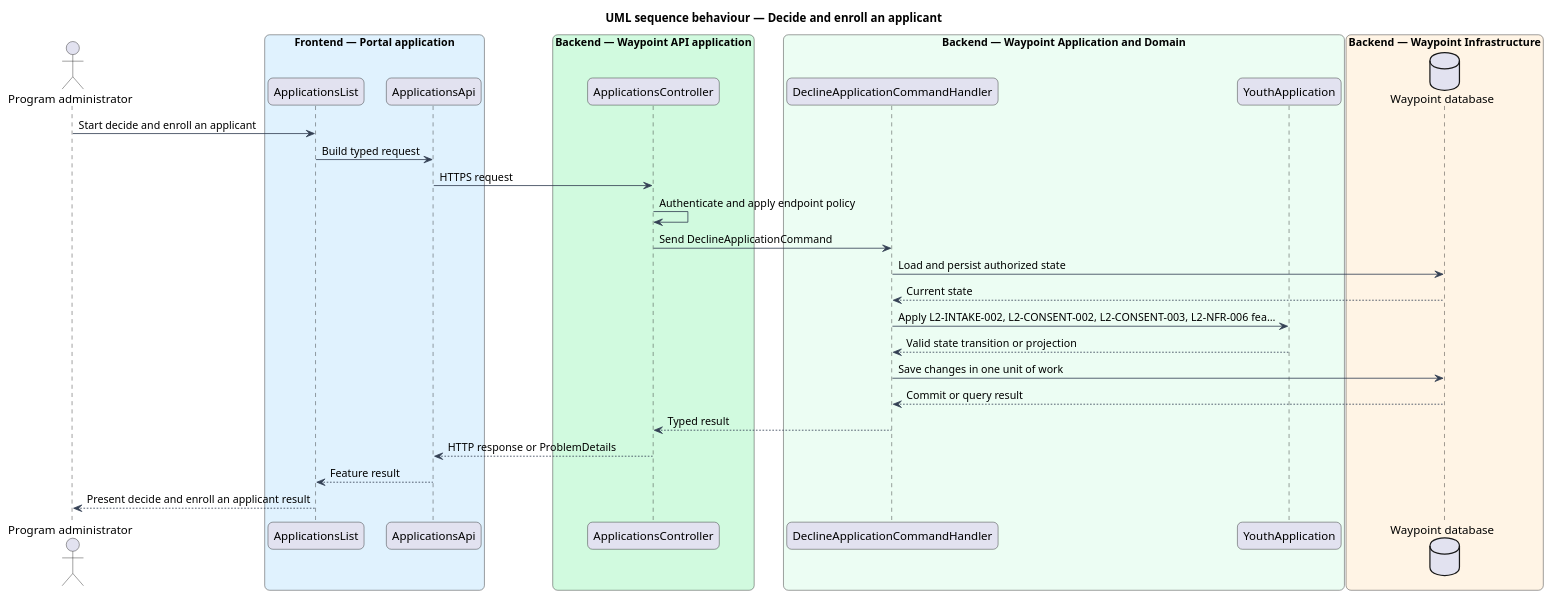
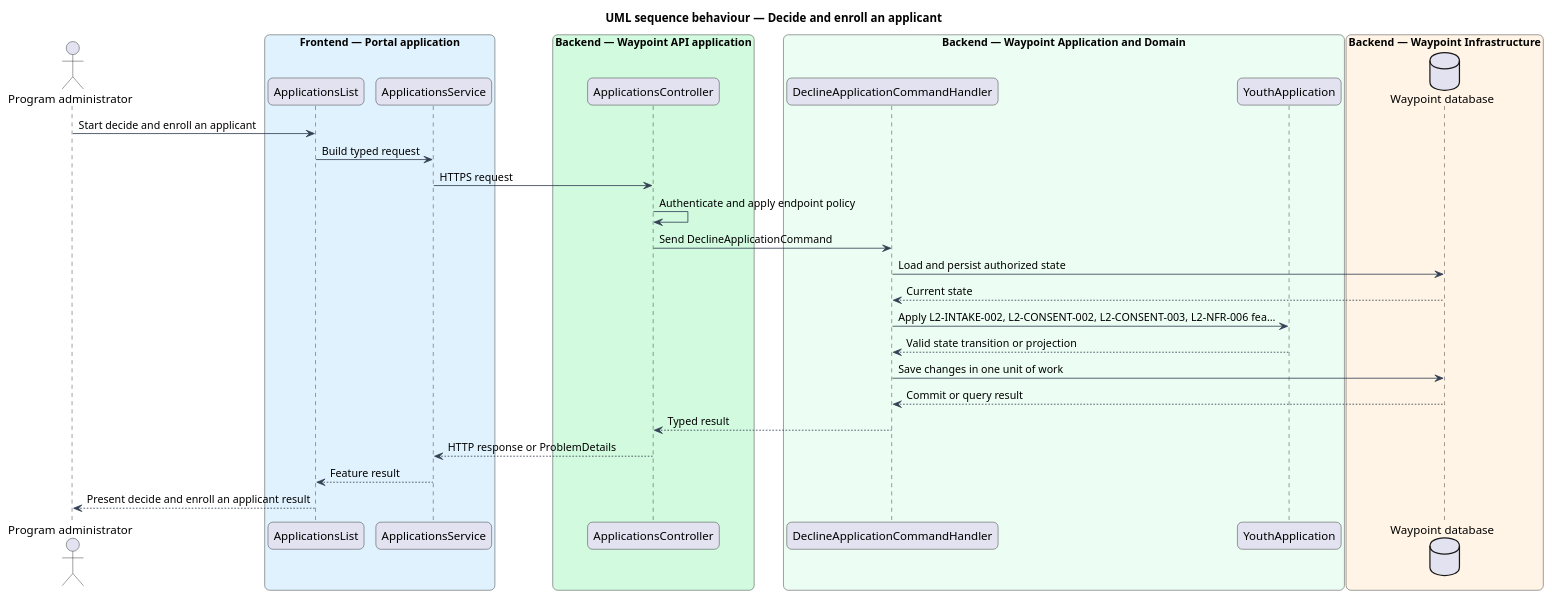
The diagram in docs/detailed-designs/application-intake/decide-and-enroll-applicant/diagrams/sequence-behaviour.puml (QuinntyneBrown/waypoint), drawn with PlantUML before and after one commit. The commit also changed 679 other files, not shown here.

First line of the commit message:
Rename frontend API services from *Api to *Service

```diff
--- a/docs/detailed-designs/application-intake/decide-and-enroll-applicant/diagrams/sequence-behaviour.puml
+++ b/docs/detailed-designs/application-intake/decide-and-enroll-applicant/diagrams/sequence-behaviour.puml
@@ -1,48 +1,48 @@
 @startuml
 
 title UML sequence behaviour — Decide and enroll an applicant
 skinparam backgroundColor #FFFFFF
 skinparam shadowing false
 skinparam roundcorner 12
 skinparam defaultFontName Arial
 skinparam ArrowColor #344054
 skinparam rectangle {
   BorderColor #344054
   FontColor #101828
 }
 skinparam package {
   BorderColor #667085
   FontColor #101828
   BackgroundColor #F9FAFB
 }
 actor "Program administrator" as actor
 box "Frontend — Portal application" #E0F2FE
   participant "ApplicationsList" as page
-  participant "ApplicationsApi" as client
+  participant "ApplicationsService" as client
 end box
 box "Backend — Waypoint API application" #D1FADF
   participant "ApplicationsController" as controller
 end box
 box "Backend — Waypoint Application and Domain" #ECFDF3
   participant "DeclineApplicationCommandHandler" as handler
   participant "YouthApplication" as entity
 end box
 box "Backend — Waypoint Infrastructure" #FFF4E5
   database "Waypoint database" as db
 end box
 actor -> page : Start decide and enroll an applicant
 page -> client : Build typed request
 client -> controller : HTTPS request
 controller -> controller : Authenticate and apply endpoint policy
 controller -> handler : Send DeclineApplicationCommand
 handler -> db : Load and persist authorized state
 db --> handler : Current state
 handler -> entity : Apply L2-INTAKE-002, L2-CONSENT-002, L2-CONSENT-003, L2-NFR-006 fea…
 entity --> handler : Valid state transition or projection
 handler -> db : Save changes in one unit of work
 db --> handler : Commit or query result
 handler --> controller : Typed result
 controller --> client : HTTP response or ProblemDetails
 client --> page : Feature result
 page --> actor : Present decide and enroll an applicant result
 @enduml
```
